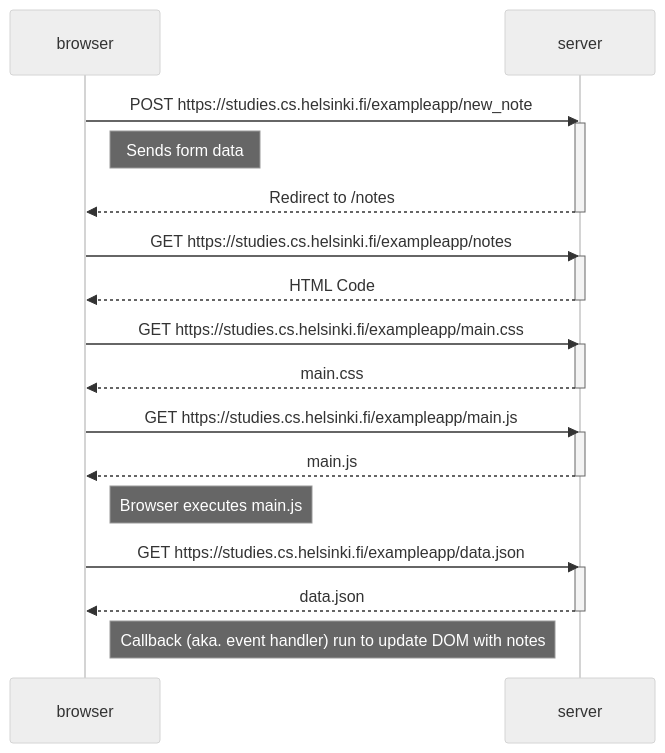
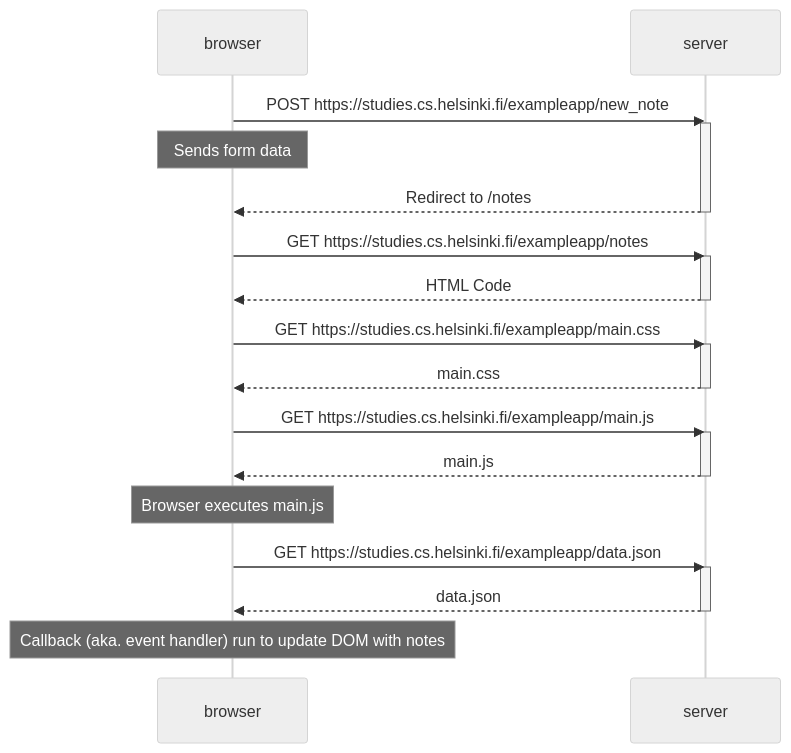
The diagram in part0/0.4.md (nishantmisal/fullstackopen), drawn with Mermaid (neutral theme) before and after one commit.

Commit message:
updated exercise 0.4 to have notes on line

````diff
--- a/part0/0.4.md
+++ b/part0/0.4.md
@@ -1,35 +1,35 @@
 ```mermaid
 sequenceDiagram
     participant browser
     participant server
 
     browser->>server: POST https://studies.cs.helsinki.fi/exampleapp/new_note
     activate server
-    Note right of browser: Sends form data
+    Note over browser: Sends form data
     server-->>browser: Redirect to /notes
     deactivate server
 
     browser->>server: GET https://studies.cs.helsinki.fi/exampleapp/notes
     activate server
     server-->>browser: HTML Code
     deactivate server
 
     browser->>server: GET https://studies.cs.helsinki.fi/exampleapp/main.css
     activate server
     server-->>browser: main.css
     deactivate server
 
     browser->>server: GET https://studies.cs.helsinki.fi/exampleapp/main.js
     activate server
     server-->>browser: main.js
     deactivate server
 
-    Note right of browser: Browser executes main.js
+    Note over browser: Browser executes main.js
 
     browser->>server: GET https://studies.cs.helsinki.fi/exampleapp/data.json
     activate server 
     server-->>browser: data.json
     deactivate server
 
-    Note right of browser: Callback (aka. event handler) run to update DOM with notes
+    Note over browser: Callback (aka. event handler) run to update DOM with notes
 ```
````
